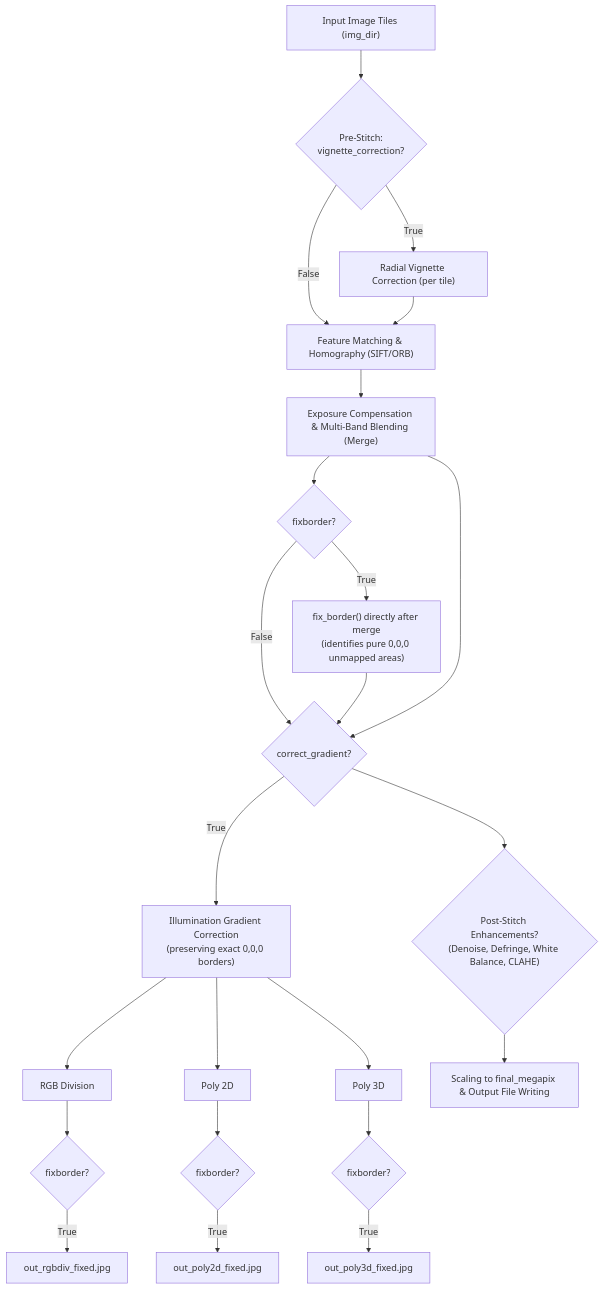
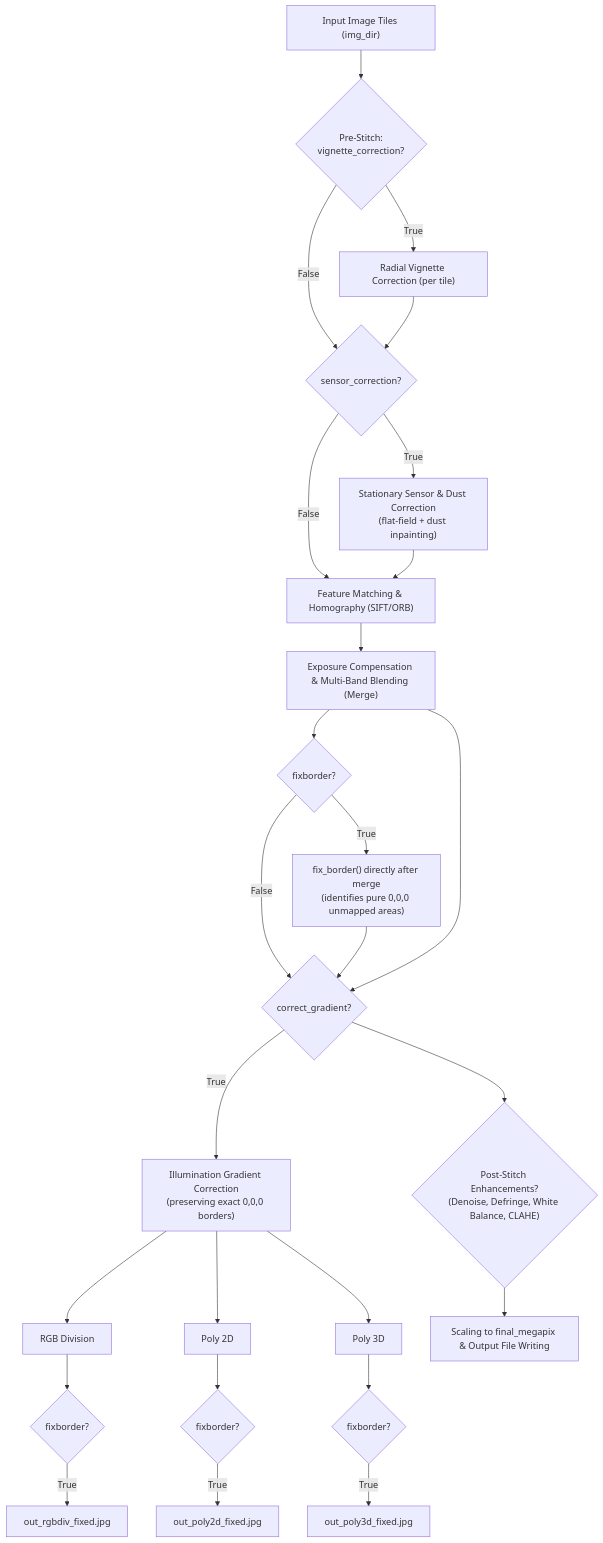
The diagram in readme.md (LucasFoe/LfStitch), drawn with Mermaid before and after one commit. The commit also changed other lines of this file, not shown here.

Commit message:
Document sensor_correction in readme.md

````diff
--- a/readme.md
+++ b/readme.md
@@ -17,25 +17,28 @@
 ```mermaid
 flowchart TD
     A["Input Image Tiles (img_dir)"] --> B{"Pre-Stitch:<br>vignette_correction?"}
     B -- True --> C["Radial Vignette Correction (per tile)"]
-    B -- False --> D["Feature Matching & Homography (SIFT/ORB)"]
-    C --> D
+    B -- False --> S{"sensor_correction?"}
+    C --> S
+    S -- True --> S1["Stationary Sensor & Dust Correction<br>(flat-field + dust inpainting)"]
+    S -- False --> D["Feature Matching & Homography (SIFT/ORB)"]
+    S1 --> D
     D --> E["Exposure Compensation & Multi-Band Blending (Merge)"]
     E --> F{"fixborder?"}
     F -- True --> F1["fix_border() directly after merge<br>(identifies pure 0,0,0 unmapped areas)"]
     F -- False --> G{"correct_gradient?"}
     F1 --> G
     E --> G
     G -- True --> H["Illumination Gradient Correction<br>(preserving exact 0,0,0 borders)"]
     H --> H1["RGB Division"]
     H --> H2["Poly 2D"]
     H --> H3["Poly 3D"]
     H1 --> I1{"fixborder?"}
     H2 --> I2{"fixborder?"}
     H3 --> I3{"fixborder?"}
     I1 -- True --> J1["out_rgbdiv_fixed.jpg"]
     I2 -- True --> J2["out_poly2d_fixed.jpg"]
     I3 -- True --> J3["out_poly3d_fixed.jpg"]
     G --> K{"Post-Stitch Enhancements?<br>(Denoise, Defringe, White Balance, CLAHE)"}
     K --> L["Scaling to final_megapix & Output File Writing"]
 ```
````
